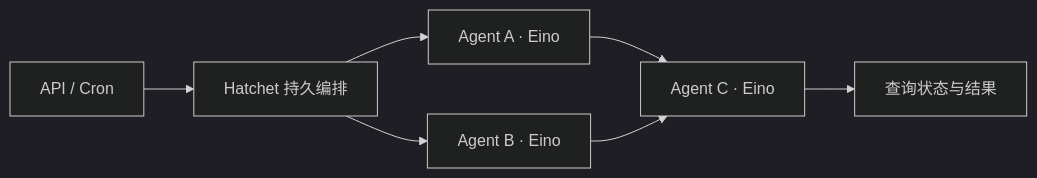
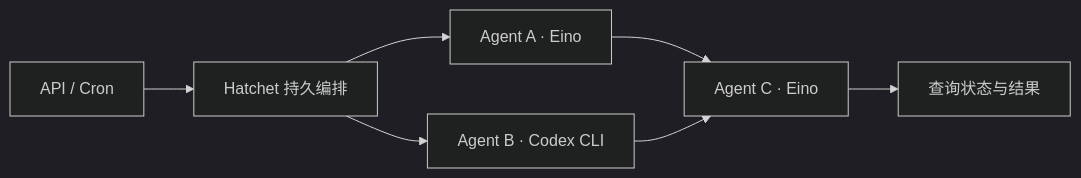
Before and after one commit to Patrick08T/Pangu: the diagram in README.md, drawn with Mermaid (dark theme). The commit also changed other lines of this file and 23 other files, not shown here.

Commit message:
支持原生 Codex Agent 与 Eino 混合编排

````diff
--- a/README.md
+++ b/README.md
@@ -5,9 +5,9 @@
 ```mermaid
 flowchart LR
     API[API / Cron] --> H[Hatchet 持久编排]
     H --> A[Agent A · Eino]
-    H --> B[Agent B · Eino]
+    H --> B[Agent B · Codex CLI]
     A --> C[Agent C · Eino]
     B --> C
     C --> Q[查询状态与结果]
 ```
````
